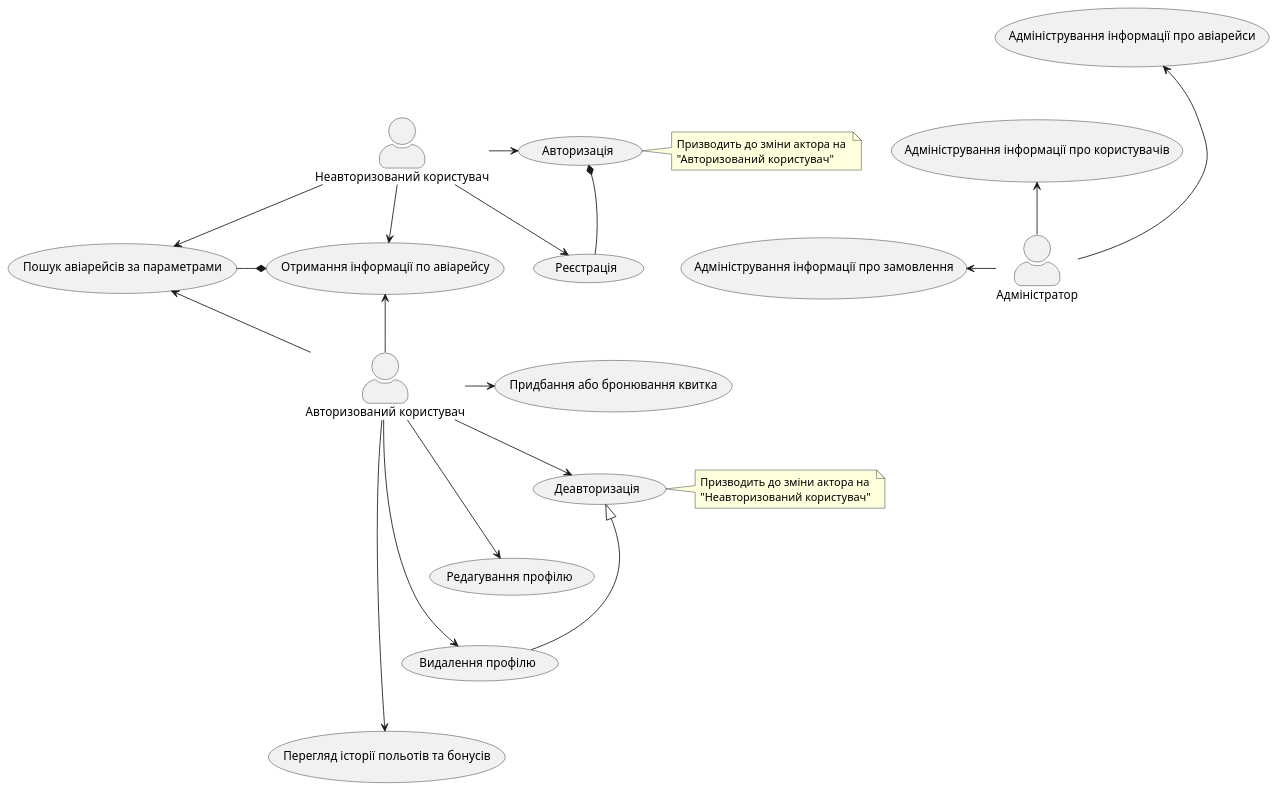
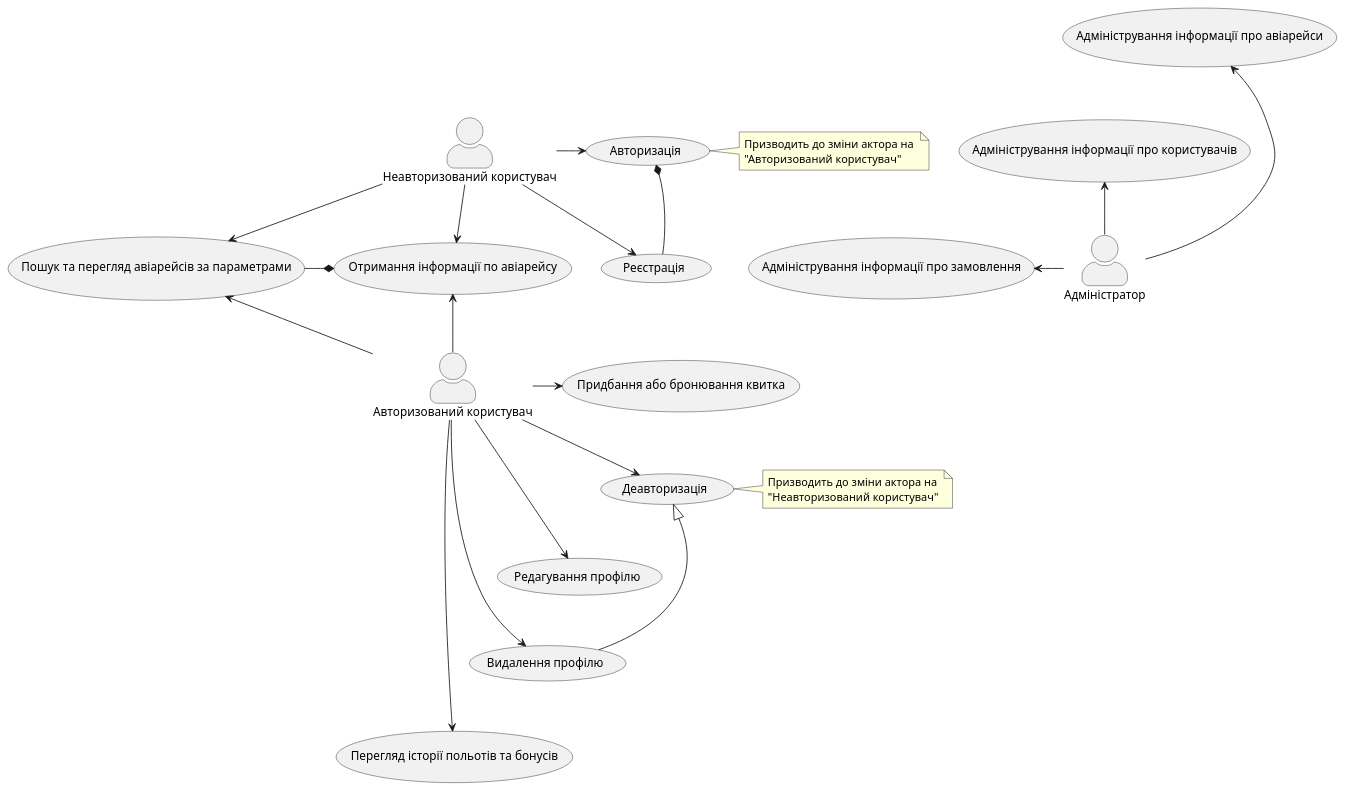
The diagram in doc/srs/usecase.puml (carexoid/se-lab), drawn with PlantUML before and after one commit. The commit also changed 1 other file, not shown here.

Commit message:
[SRS] Fix diagram

```diff
--- a/doc/srs/usecase.puml
+++ b/doc/srs/usecase.puml
@@ -1,60 +1,60 @@
 @startuml
 
 skinparam actorStyle awesome
 
 ' Declaring elements 
 :Неавторизований користувач: as non_auth_user 
 :Авторизований користувач: as auth_user
 :Адміністратор: as admin
 
-usecase (Пошук авіарейсів за параметрами) as u1
+usecase (Пошук та перегляд авіарейсів за параметрами) as u1
 usecase (Отримання інформації по авіарейсу) as u2
 usecase (Реєстрація) as nu1
 usecase (Авторизація) as nu2
 usecase (Придбання або бронювання квитка) as au1
 usecase (Деавторизація) as au2
 usecase (Редагування профілю) as au3
 usecase (Видалення профілю) as au4
 usecase (Перегляд історії польотів та бонусів) as au5
 usecase (Адміністрування інформації про авіарейси) as a1
 usecase (Адміністрування інформації про користувачів) as a2
 usecase (Адміністрування інформації про замовлення) as a3
 
 ' Resolving some elements` placing issues
 non_auth_user -[hidden]> admin
 
 nu2 -[hidden]down- nu1
 
 au1 -[hidden]down- au2
 au2 -[hidden]down- au3
 au3 -[hidden]down- au4
 au4 -[hidden]down- au5
 
 a1 -[hidden]down- a2
 a2 -[hidden]down- a3
 admin -[hidden]down- au1
 
 ' Connecting elements
 non_auth_user -right-> nu1
 non_auth_user -right-> nu2
 non_auth_user -down-> u1
 non_auth_user -down-> u2
 auth_user -up-> u1
 auth_user -up-> u2
 auth_user -right-> au5
 auth_user -right-> au4
 auth_user -right-> au3
 auth_user -right-> au1
 auth_user -right-> au2
 admin -left-> a1
 admin -left-> a2
 admin -left-> a3
 
 au2 <|-- au4
 nu2 *-- nu1
 u2 *-left- u1
 
 note right of nu2: Призводить до зміни актора на \n"Авторизований користувач"
 note right of au2:  Призводить до зміни актора на \n"Неавторизований користувач"
 
 @enduml
```
